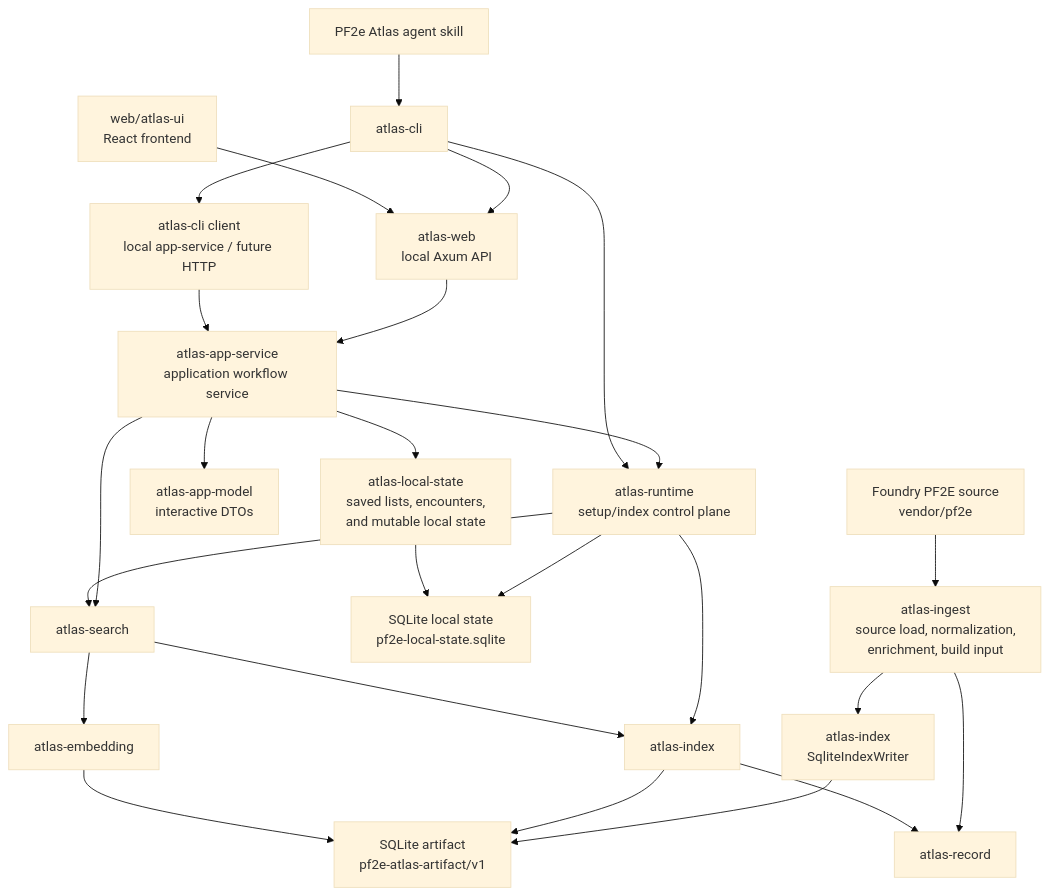
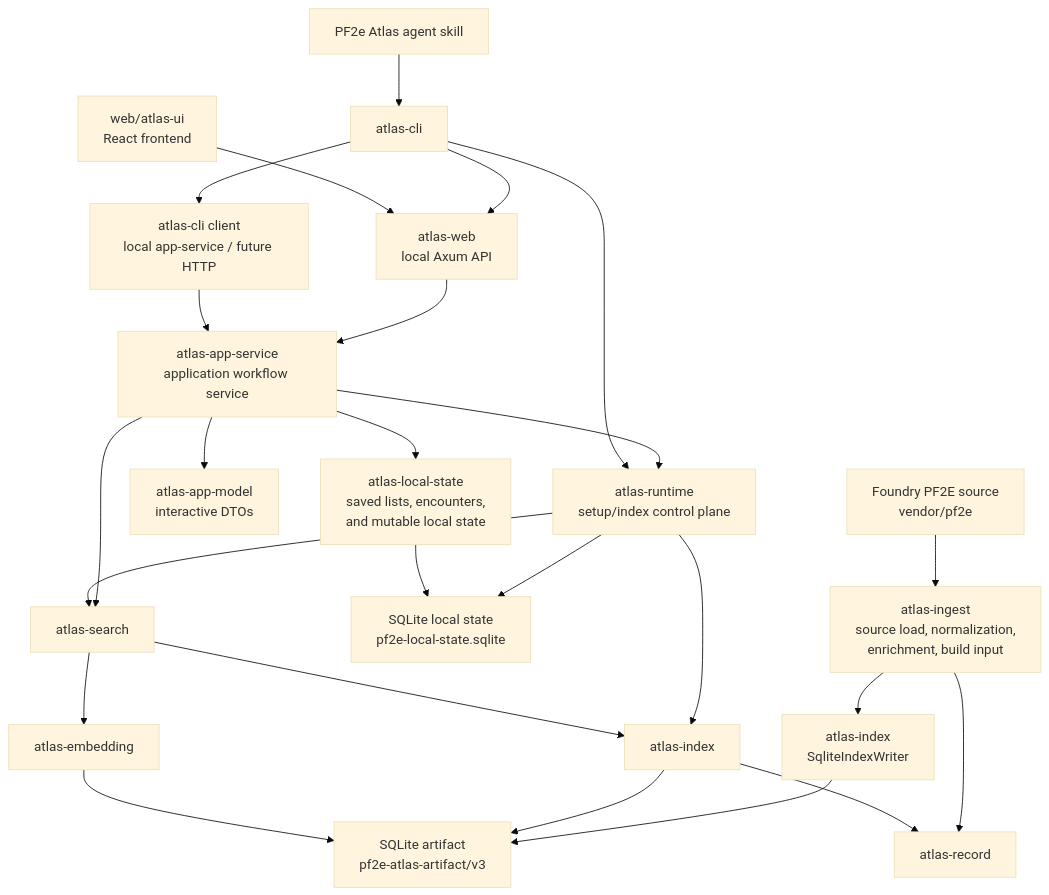
One commit to e-kosten/pf2e-atlas changed the diagram in docs/architecture/overview.md. Above: the diagram before and after it, drawn with Mermaid (base theme). The commit also changed other lines of this file and 30 other files, not shown here.

````diff
--- a/docs/architecture/overview.md
+++ b/docs/architecture/overview.md
@@ -60,29 +62,29 @@
 ```mermaid
 flowchart TD
     pf2e["Foundry PF2E source<br/>vendor/pf2e"] --> ingest["atlas-ingest<br/>source load, normalization,<br/>enrichment, build input"]
     ingest --> indexWriter["atlas-index<br/>SqliteIndexWriter"]
-    indexWriter --> artifactDb["SQLite artifact<br/>pf2e-atlas-artifact/v1"]
+    indexWriter --> artifactDb["SQLite artifact<br/>pf2e-atlas-artifact/v3"]
     localStateDb["SQLite local state<br/>pf2e-local-state.sqlite"]
 
     skill["PF2e Atlas agent skill"] --> cli["atlas-cli"]
     cli --> web["atlas-web<br/>local Axum API"]
     browser["web/atlas-ui<br/>React frontend"] --> web
     web --> appService["atlas-app-service<br/>application workflow service"]
     appService --> appModel["atlas-app-model<br/>interactive DTOs"]
     appService --> runtime
     appService --> search
     appService --> localState["atlas-local-state<br/>saved lists, encounters,<br/>and mutable local state"]
     cli --> cliClient["atlas-cli client<br/>local app-service / future HTTP"]
     cliClient --> appService
     cli --> runtime["atlas-runtime<br/>setup/index control plane"]
     runtime --> search["atlas-search"]
     runtime --> index["atlas-index"]
     runtime --> localStateDb
     localState --> localStateDb
     search --> index
     search --> embedding["atlas-embedding"]
     index --> artifactDb
     embedding --> artifactDb
     ingest --> record["atlas-record"]
     index --> record
 ```
````
